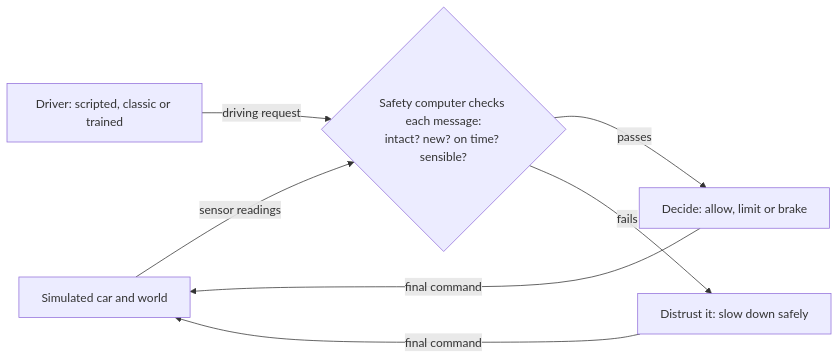
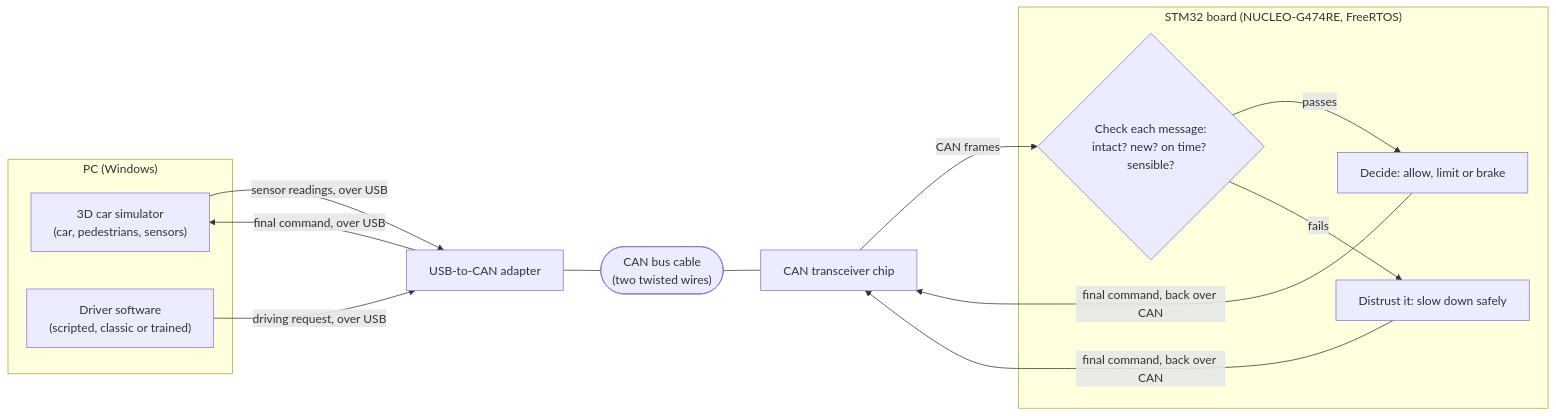
Before and after one commit to dotatlas/auto-safety-hil-ecu: the diagram in README.md, drawn with Mermaid. The commit also changed other lines of this file, not shown here.

Commit message:
docs: show the hardware path in the readme diagram

````diff
--- a/README.md
+++ b/README.md
@@ -7,10 +7,26 @@
 ```mermaid
 flowchart LR
-    World["Simulated car and world"] -- "sensor readings" --> Check
-    Driver["Driver: scripted, classic or trained"] -- "driving request" --> Check
-    Check{"Safety computer checks each message:<br/>intact? new? on time? sensible?"}
-    Check -- "passes" --> Decide["Decide: allow, limit or brake"]
-    Check -- "fails" --> Distrust["Distrust it: slow down safely"]
-    Decide -- "final command" --> World
-    Distrust -- "final command" --> World
+    subgraph PC["PC (Windows)"]
+        World["3D car simulator<br/>(car, pedestrians, sensors)"]
+        Driver["Driver software<br/>(scripted, classic or trained)"]
+    end
+    Adapter["USB-to-CAN adapter"]
+    Cable(["CAN bus cable<br/>(two twisted wires)"])
+    Transceiver["CAN transceiver chip"]
+    subgraph STM32["STM32 board (NUCLEO-G474RE, FreeRTOS)"]
+        Check{"Check each message:<br/>intact? new? on time? sensible?"}
+        Decide["Decide: allow, limit or brake"]
+        Distrust["Distrust it: slow down safely"]
+    end
+
+    World -- "sensor readings, over USB" --> Adapter
+    Driver -- "driving request, over USB" --> Adapter
+    Adapter --- Cable
+    Cable --- Transceiver
+    Transceiver -- "CAN frames" --> Check
+    Check -- "passes" --> Decide
+    Check -- "fails" --> Distrust
+    Decide -- "final command, back over CAN" --> Transceiver
+    Distrust -- "final command, back over CAN" --> Transceiver
+    Adapter -- "final command, over USB" --> World
 ```
````
